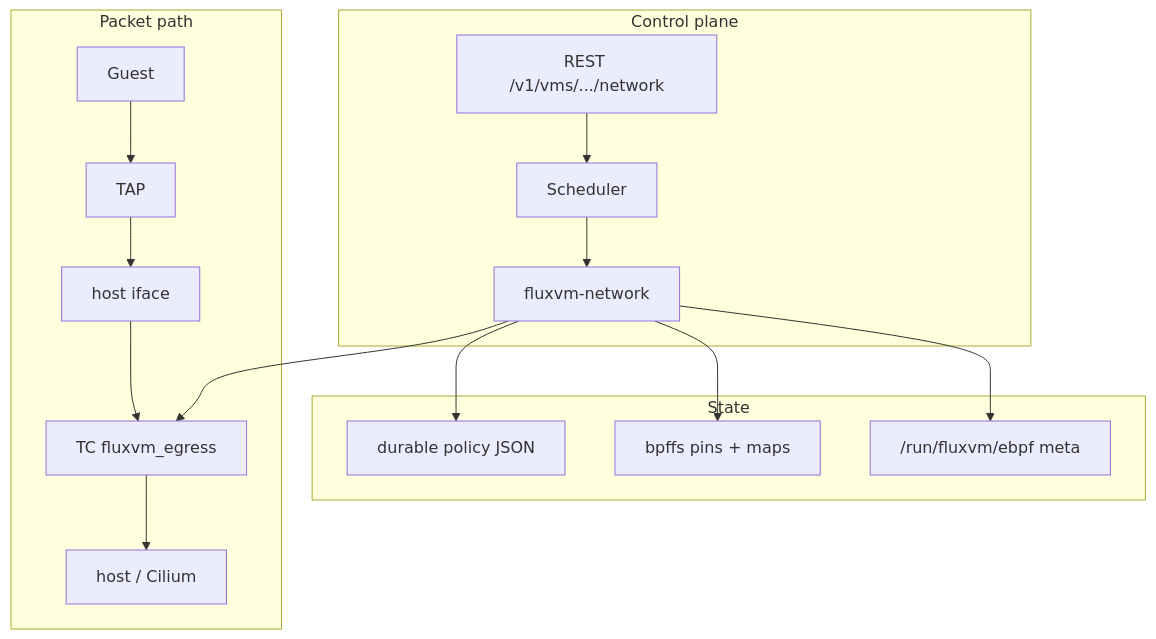
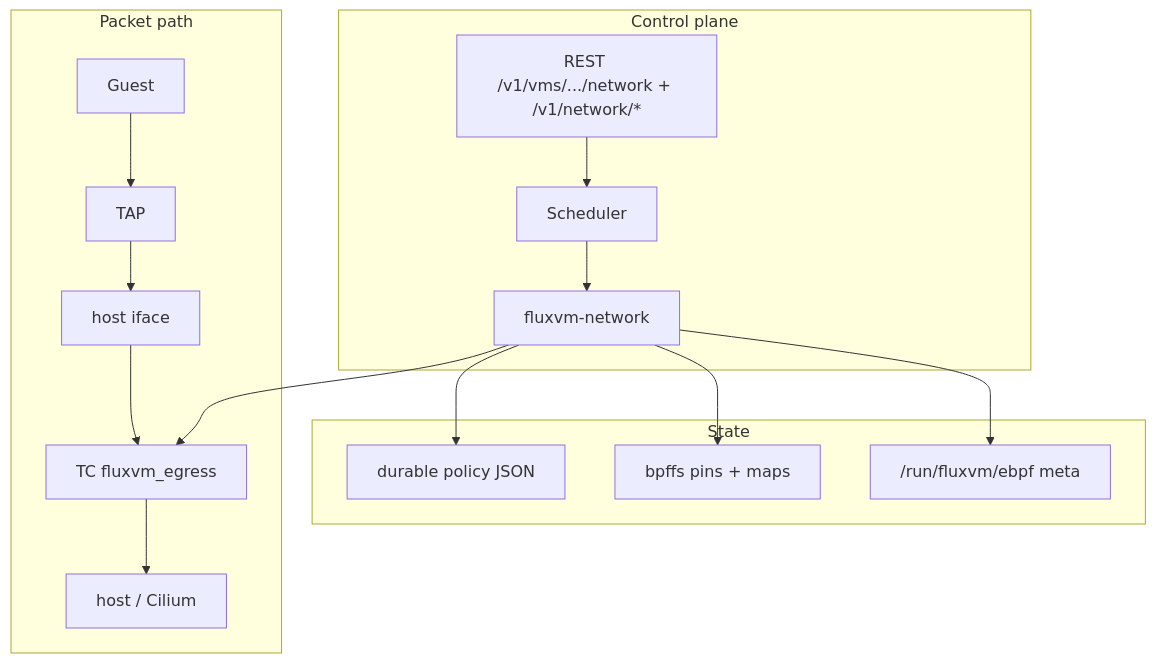
Before and after one commit to zyvorai/fluxvm: the first of 2 diagrams in docs/network-fabric.md, drawn with Mermaid. The commit also changed other lines of this file and 20 other files, not shown here.

First line of the commit message:
Refresh docs for Fabric schema v4 and production dataplane.

````diff
--- a/docs/network-fabric.md
+++ b/docs/network-fabric.md
@@ -30,24 +38,24 @@
 ```mermaid
 flowchart TB
   subgraph control [Control plane]
-    API["REST /v1/vms/.../network"]
+    API["REST /v1/vms/.../network + /v1/network/*"]
     Sched[Scheduler]
     DP[fluxvm-network]
     API --> Sched --> DP
   end
 
   subgraph state [State]
     JSON["durable policy JSON"]
     BPF["bpffs pins + maps"]
     Run["/run/fluxvm/ebpf meta"]
   end
 
   subgraph path [Packet path]
     G[Guest] --> T[TAP] --> H[host iface] --> TC[TC fluxvm_egress] --> Out[host / Cilium]
   end
 
   DP --> JSON
   DP --> BPF
   DP --> Run
   DP --> TC
 ```
````
